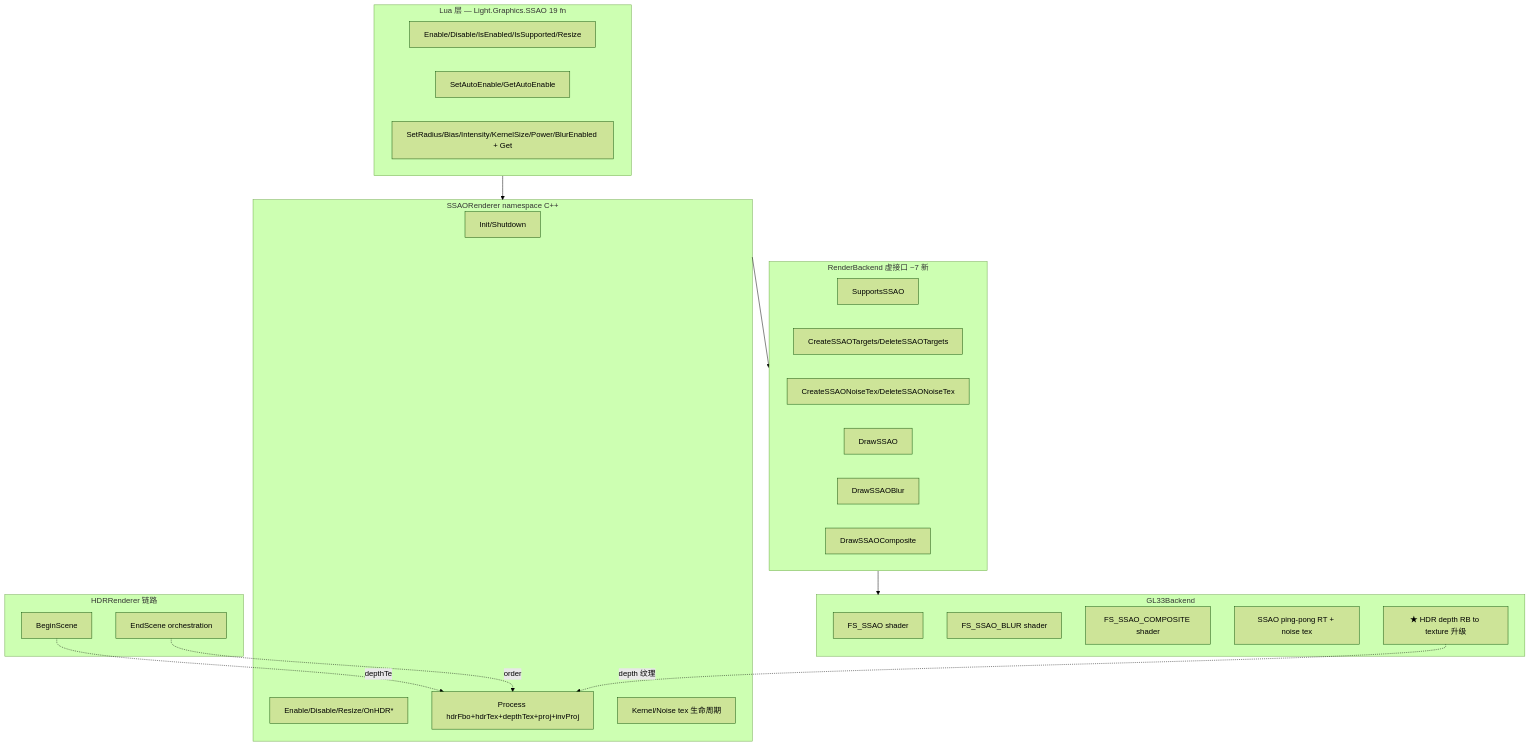
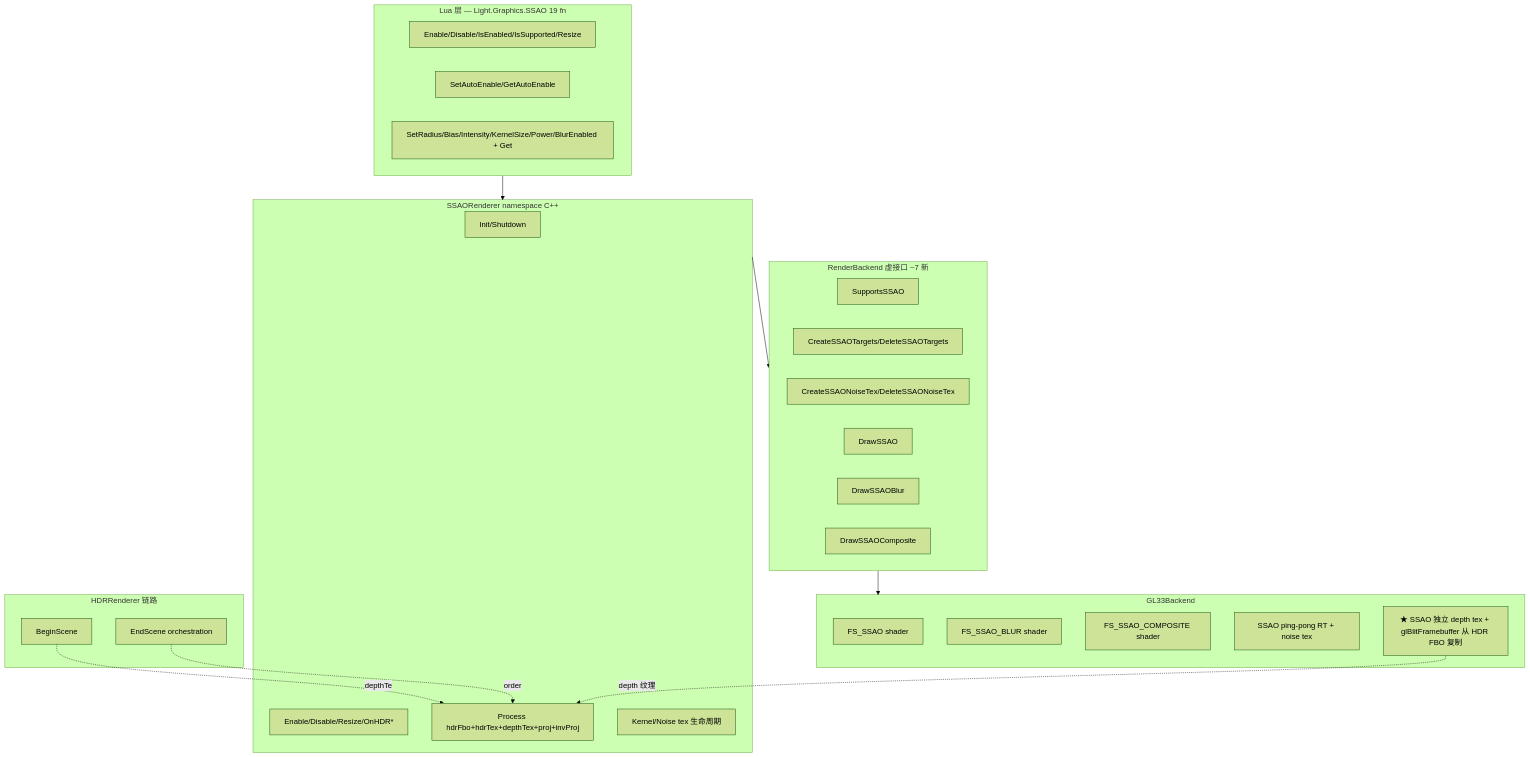
One commit to futzhj/ChocoLightEngine changed the first of 2 diagrams in docs/Phase E 渲染管线升级/DESIGN_PhaseE_8.md. Above: the diagram before and after it, drawn with Mermaid (forest theme). The commit also changed other lines of this file and 2 other files, not shown here.

````diff
--- a/docs/Phase E 渲染管线升级/DESIGN_PhaseE_8.md
+++ b/docs/Phase E 渲染管线升级/DESIGN_PhaseE_8.md
@@ -10,44 +10,44 @@
 ```mermaid
 flowchart TD
     subgraph LuaLayer[Lua 层 — Light.Graphics.SSAO 19 fn]
         L1[Enable/Disable/IsEnabled/IsSupported/Resize]
         L2[SetAutoEnable/GetAutoEnable]
         L3[SetRadius/Bias/Intensity/KernelSize/Power/BlurEnabled + Get]
     end
 
     subgraph RendererLayer[SSAORenderer namespace C++]
         R1[Init/Shutdown]
         R2[Enable/Disable/Resize/OnHDR*]
         R3[Process hdrFbo+hdrTex+depthTex+proj+invProj]
         R4[Kernel/Noise tex 生命周期]
     end
 
     subgraph BackendLayer[RenderBackend 虚接口 ~7 新]
         B1[SupportsSSAO]
         B2[CreateSSAOTargets/DeleteSSAOTargets]
         B3[CreateSSAONoiseTex/DeleteSSAONoiseTex]
         B4[DrawSSAO]
         B5[DrawSSAOBlur]
         B6[DrawSSAOComposite]
     end
 
     subgraph GL33[GL33Backend]
         G1[FS_SSAO shader]
         G2[FS_SSAO_BLUR shader]
         G3[FS_SSAO_COMPOSITE shader]
         G4[SSAO ping-pong RT + noise tex]
-        G5[★ HDR depth RB to texture 升级]
+        G5[★ SSAO 独立 depth tex + glBlitFramebuffer 从 HDR FBO 复制]
     end
 
     subgraph HDRPipeline[HDRRenderer 链路]
         H1[BeginScene]
         H2[EndScene orchestration]
     end
 
     LuaLayer --> RendererLayer
     RendererLayer --> BackendLayer
     BackendLayer --> GL33
     H1 -.depthTex.-> R3
     H2 -.order.-> R3
     G5 -.depth 纹理.-> R3
 ```
````
